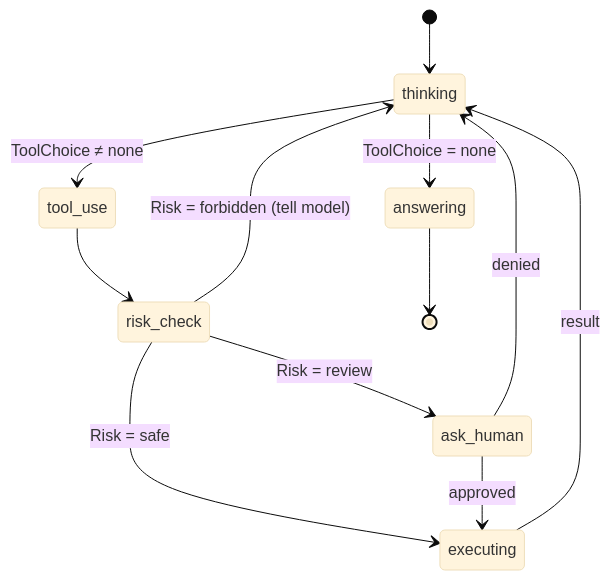
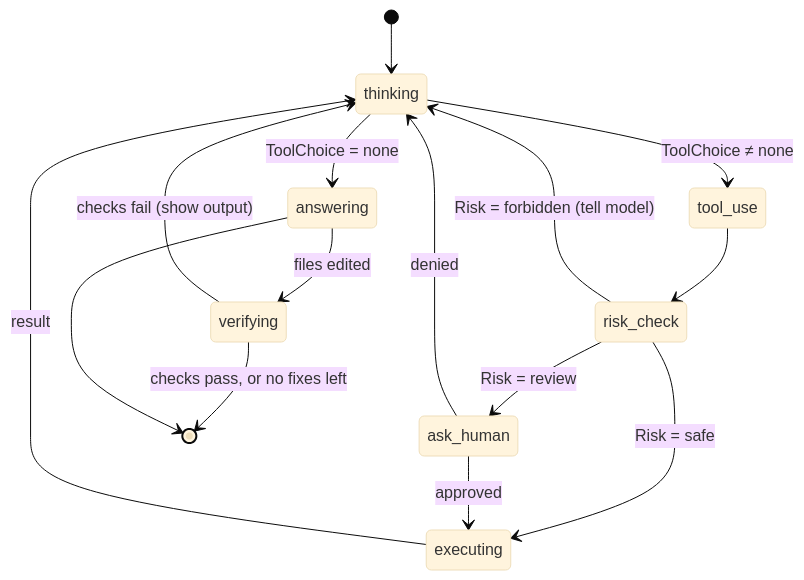
One commit to romeroabelleira/xeito changed the second of 2 diagrams in docs/architecture/07-harness-frontend.md. Above: the diagram before and after it, drawn with Mermaid (base theme). The commit also changed other lines of this file and 14 other files, not shown here.

````diff
--- a/docs/architecture/07-harness-frontend.md
+++ b/docs/architecture/07-harness-frontend.md
@@ -92,14 +92,17 @@
 ```mermaid
 stateDiagram-v2
   [*] --> thinking
   thinking --> tool_use: ToolChoice ≠ none
   thinking --> answering: ToolChoice = none
   tool_use --> risk_check
   risk_check --> executing: Risk = safe
   risk_check --> ask_human: Risk = review
   risk_check --> thinking: Risk = forbidden (tell model)
   ask_human --> executing: approved
   ask_human --> thinking: denied
   executing --> thinking: result
+  answering --> verifying: files edited
+  verifying --> thinking: checks fail (show output)
+  verifying --> [*]: checks pass, or no fixes left
   answering --> [*]
 ```
````
